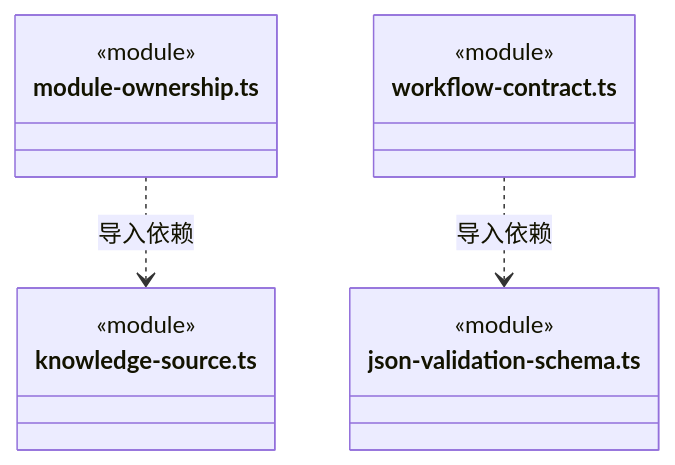
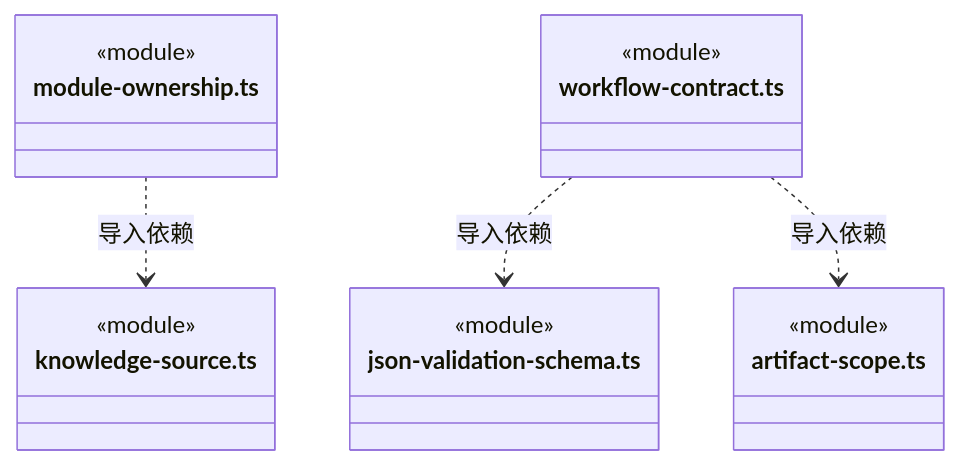
Diagram 30 of 31 in src/backend/core/workspace/ARCHITECTURE.md (nan023062/cbim), drawn with Mermaid before and after one commit. The commit also changed other lines of this file and 60 other files, not shown here.

````diff
--- a/src/backend/core/workspace/ARCHITECTURE.md
+++ b/src/backend/core/workspace/ARCHITECTURE.md
@@ -649,17 +684,21 @@
 ```mermaid
 classDiagram
 class N_src_backend_core_workspace_module_ownership_ts["module-ownership.ts"] {
   <<module>>
 }
 class N_src_backend_core_workspace_knowledge_source_ts["knowledge-source.ts"] {
   <<module>>
 }
 class N_src_backend_core_workspace_workflow_contract_ts["workflow-contract.ts"] {
   <<module>>
 }
 class N_src_backend_core_workspace_json_validation_schema_ts["json-validation-schema.ts"] {
   <<module>>
 }
+class N_src_backend_core_workspace_artifact_scope_ts["artifact-scope.ts"] {
+  <<module>>
+}
 N_src_backend_core_workspace_module_ownership_ts ..> N_src_backend_core_workspace_knowledge_source_ts : 导入依赖
 N_src_backend_core_workspace_workflow_contract_ts ..> N_src_backend_core_workspace_json_validation_schema_ts : 导入依赖
+N_src_backend_core_workspace_workflow_contract_ts ..> N_src_backend_core_workspace_artifact_scope_ts : 导入依赖
 ```
````
